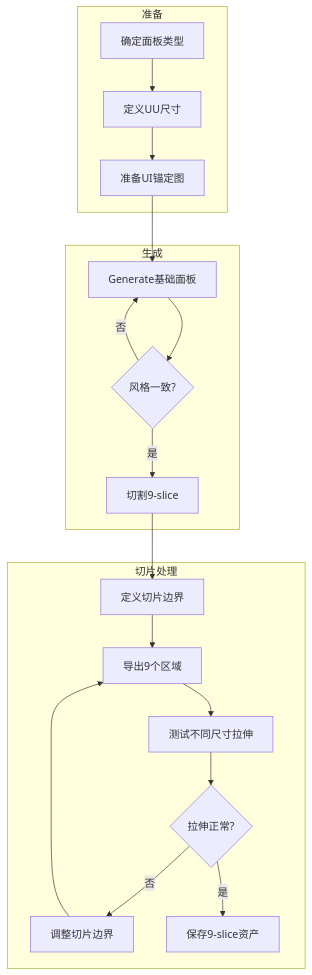
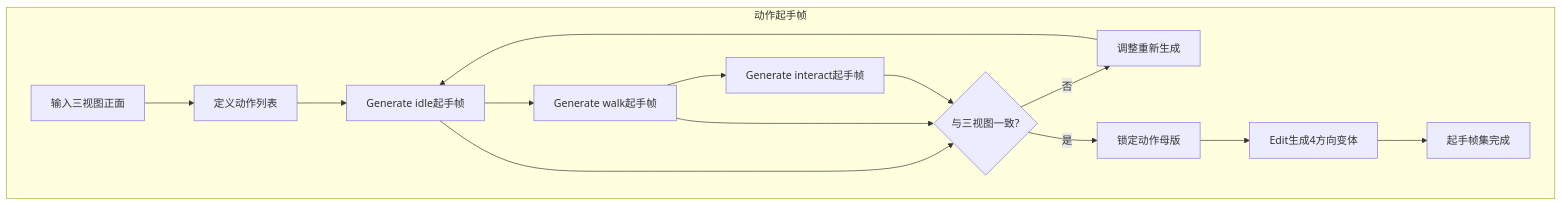
Before and after one commit to angelash/Footnote: the second of 3 diagrams in docs/art/资产生产流程详解.md, drawn with Mermaid. The commit also changed other lines of this file and 59 other files, not shown here.

````diff
--- a/docs/art/资产生产流程详解.md
+++ b/docs/art/资产生产流程详解.md
@@ -457,25 +178,20 @@
 ```mermaid
 flowchart TB
-    subgraph 准备
-        A1[确定面板类型] --> A2[定义UU尺寸]
-        A2 --> A3[准备UI锚定图]
+    subgraph ActionKey["动作起手帧"]
+        A1["输入三视图正面"] --> A2["定义动作列表"]
+        A2 --> A3["Generate idle起手帧"]
+        A3 --> A4["Generate walk起手帧"]
+        A4 --> A5["Generate interact起手帧"]
+        
+        A3 --> B1{"与三视图一致?"}
+        A4 --> B1
+        A5 --> B1
+        
+        B1 -->|"否"| B2["调整重新生成"]
+        B2 --> A3
+        B1 -->|"是"| B3["锁定动作母版"]
+        
+        B3 --> C1["Edit生成4方向变体"]
+        C1 --> C2["起手帧集完成"]
     end
-    
-    subgraph 生成
-        B1[Generate基础面板] --> B2{风格一致?}
-        B2 -->|否| B1
-        B2 -->|是| B3[切割9-slice]
-    end
-    
-    subgraph 切片处理
-        C1[定义切片边界] --> C2[导出9个区域]
-        C2 --> C3[测试不同尺寸拉伸]
-        C3 --> C4{拉伸正常?}
-        C4 -->|否| C5[调整切片边界]
-        C5 --> C2
-        C4 -->|是| C6[保存9-slice资产]
-    end
-    
-    A3 --> B1
-    B3 --> C1
 ```
````
